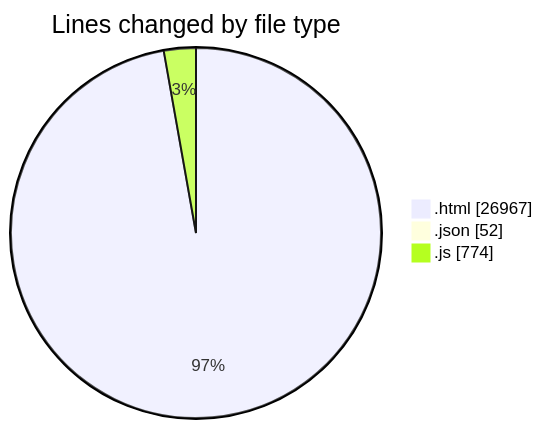
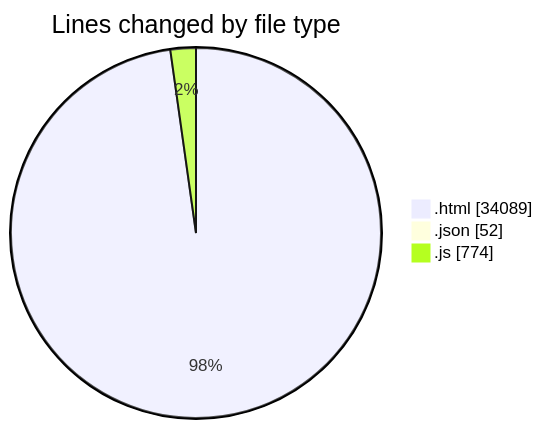
The first of 2 diagrams in 2025-09-16/www/README.md (vahidmafi/code-tracking), drawn with Mermaid before and after one commit. The commit also changed other lines of this file and 1 other file, not shown here.

````diff
--- a/2025-09-16/www/README.md
+++ b/2025-09-16/www/README.md
@@ -47,7 +59,7 @@
 ```mermaid
 pie showData
 title Lines changed by file type
-".html" : 26967
+".html" : 34089
 ".json" : 52
 ".js" : 774
 ```
````
